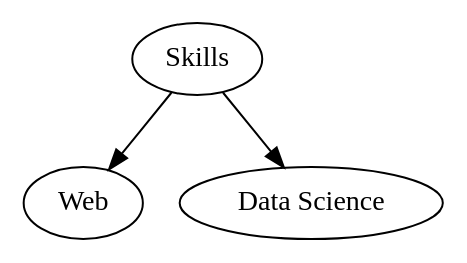
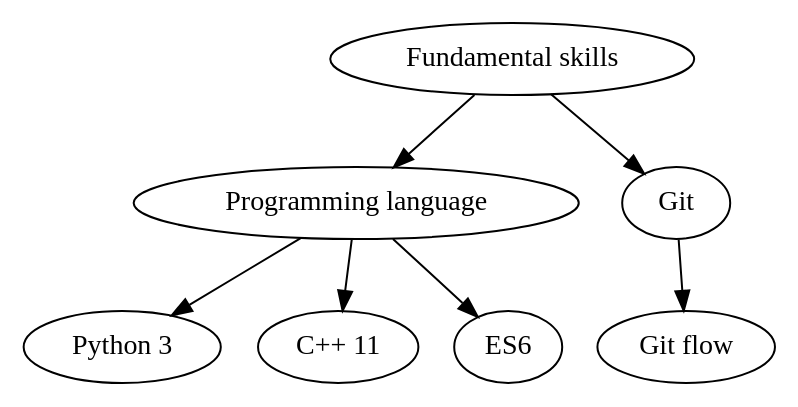
One commit to titaneric/hexo.titaneric.github.io changed the first of 3 diagrams in source/about/index.md. Above: the diagram before and after it, drawn with Graphviz. The commit also changed other lines of this file, not shown here.

````diff
--- a/source/about/index.md
+++ b/source/about/index.md
@@ -14,7 +16,12 @@
 ```graphviz
 digraph hierarchy {
     node [color=Black,fontname=consolus,shape=oval] //All nodes will this shape and colour
-    "Skills"->"Web"
-    "Skills"->"Data Science"
+    "Fundamental skills"->"Programming language"
+    "Programming language"->"Python 3"
+    "Programming language"->"C++ 11"
+    "Programming language"->"ES6"
+    
+    "Fundamental skills"->"Git"
+    "Git"->"Git flow"
 }
 ```
````
